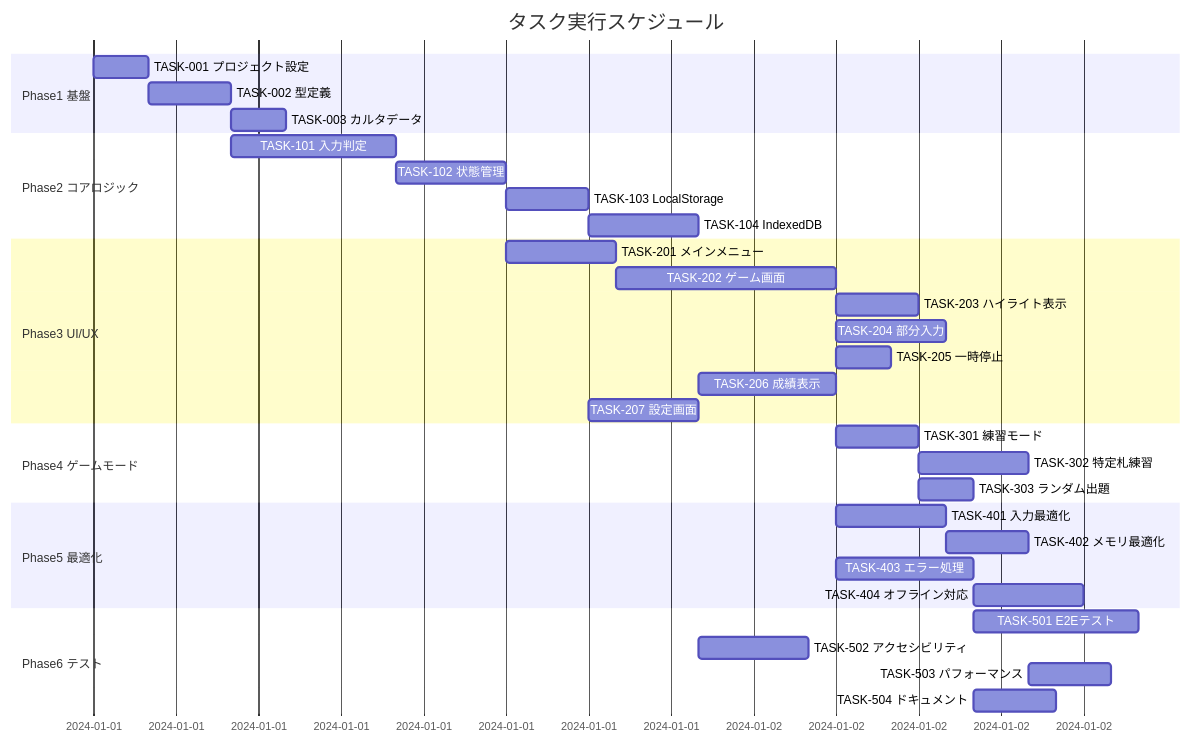
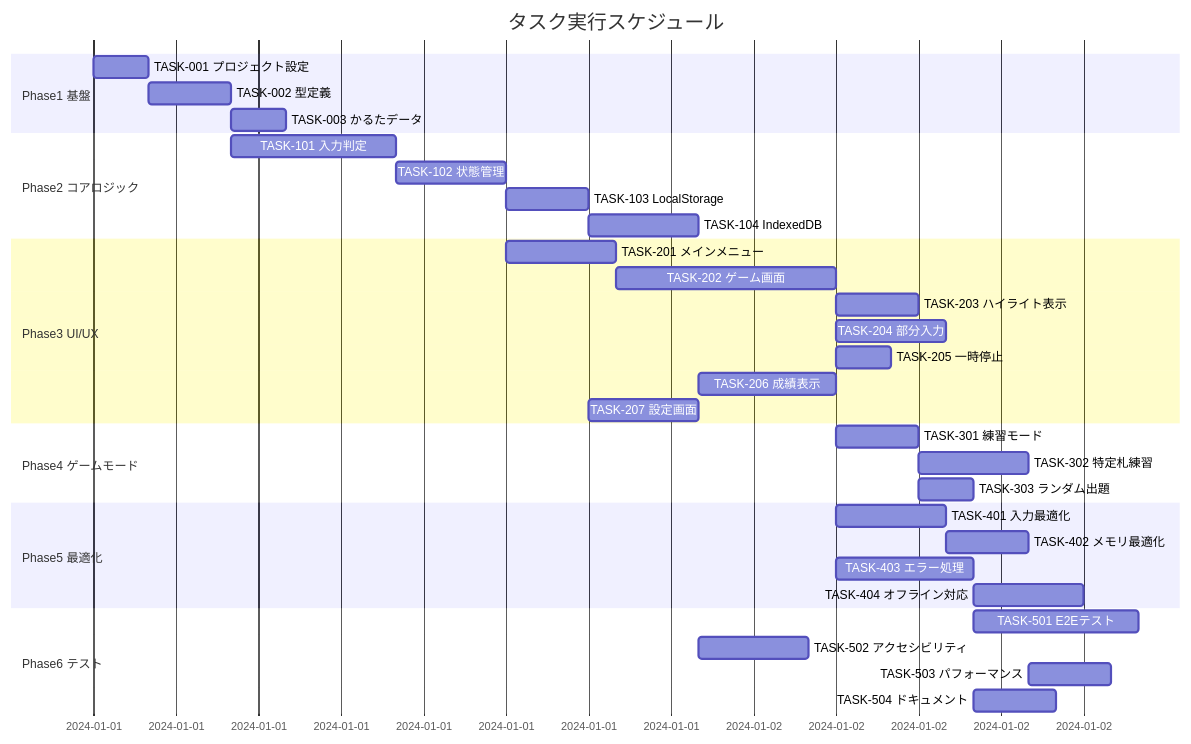
One commit to e601201/jomo-karuta-typing-front-app changed the diagram in docs/tasks/jomo-karuta-typing-tasks.md. Above: the diagram before and after it, drawn with Mermaid. The commit also changed other lines of this file and 21 other files, not shown here.

````diff
--- a/docs/tasks/jomo-karuta-typing-tasks.md
+++ b/docs/tasks/jomo-karuta-typing-tasks.md
@@ -554,41 +554,41 @@
 ```mermaid
 gantt
     title タスク実行スケジュール
     dateFormat  YYYY-MM-DD
     section Phase1 基盤
     TASK-001 プロジェクト設定     :a1, 2024-01-01, 2h
     TASK-002 型定義              :a2, after a1, 3h
-    TASK-003 カルタデータ         :a3, after a2, 2h
+    TASK-003 かるたデータ         :a3, after a2, 2h
 
     section Phase2 コアロジック
     TASK-101 入力判定            :b1, after a2, 6h
     TASK-102 状態管理            :b2, after b1, 4h
     TASK-103 LocalStorage        :b3, after b2, 3h
     TASK-104 IndexedDB           :b4, after b3, 4h
 
     section Phase3 UI/UX
     TASK-201 メインメニュー        :c1, after b2, 4h
     TASK-202 ゲーム画面          :c2, after c1, 8h
     TASK-203 ハイライト表示       :c3, after c2, 3h
     TASK-204 部分入力            :c4, after c2, 4h
     TASK-205 一時停止            :c5, after c2, 2h
     TASK-206 成績表示            :c6, after b4, 5h
     TASK-207 設定画面            :c7, after b3, 4h
 
     section Phase4 ゲームモード
     TASK-301 練習モード          :d1, after c2, 3h
     TASK-302 特定札練習          :d2, after d1, 4h
     TASK-303 ランダム出題        :d3, after d1, 2h
 
     section Phase5 最適化
     TASK-401 入力最適化          :e1, after c2, 4h
     TASK-402 メモリ最適化        :e2, after e1, 3h
     TASK-403 エラー処理          :e3, after c2, 5h
     TASK-404 オフライン対応       :e4, after e3, 4h
 
     section Phase6 テスト
     TASK-501 E2Eテスト           :f1, after d3, 6h
     TASK-502 アクセシビリティ      :f2, after c7, 4h
     TASK-503 パフォーマンス       :f3, after e2, 3h
     TASK-504 ドキュメント         :f4, after d3, 3h
 ```
````
